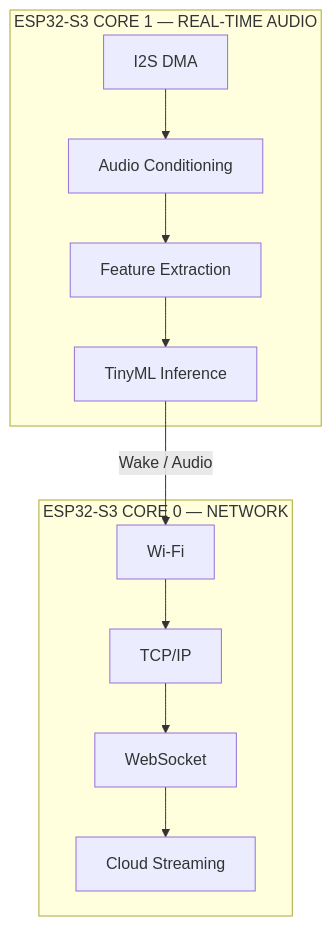
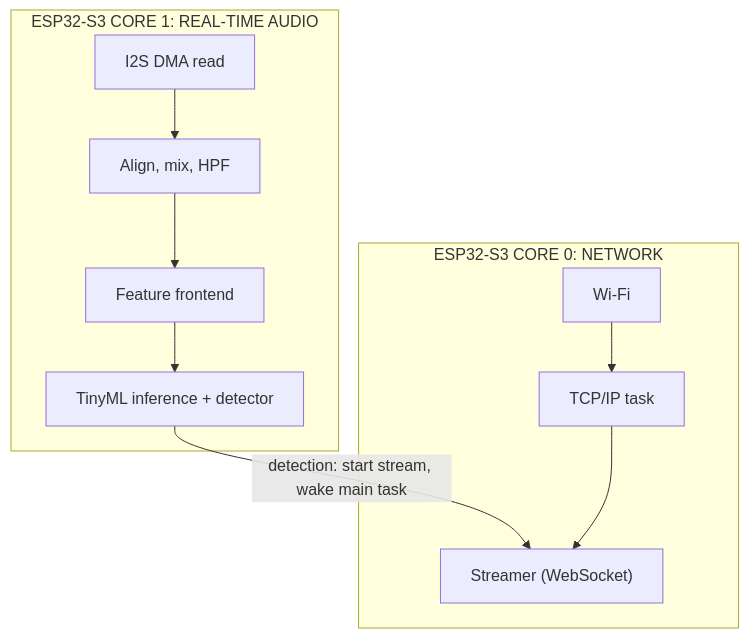
One commit to Raj24-dev/Kws changed the fifth of 12 diagrams in README.md. Above: the diagram before and after it, drawn with Mermaid. The commit also changed other lines of this file and 211 other files, not shown here.

````diff
--- a/README.md
+++ b/README.md
@@ -649,21 +437,20 @@
 ```mermaid
 flowchart TB
 
-    subgraph C1["ESP32-S3 CORE 1 — REAL-TIME AUDIO"]
-        A["I2S DMA"]
-        B["Audio Conditioning"]
-        C["Feature Extraction"]
-        D["TinyML Inference"]
+    subgraph C1["ESP32-S3 CORE 1: REAL-TIME AUDIO"]
+        A["I2S DMA read"]
+        B["Align, mix, HPF"]
+        C["Feature frontend"]
+        D["TinyML inference + detector"]
     end
 
-    subgraph C0["ESP32-S3 CORE 0 — NETWORK"]
+    subgraph C0["ESP32-S3 CORE 0: NETWORK"]
         E["Wi-Fi"]
-        F["TCP/IP"]
-        G["WebSocket"]
-        H["Cloud Streaming"]
+        F["TCP/IP task"]
+        G["Streamer (WebSocket)"]
     end
 
     A --> B --> C --> D
-    D -->|"Wake / Audio"| E
-    E --> F --> G --> H
+    D -->|"detection: start stream, wake main task"| G
+    E --> F --> G
 ```
````
